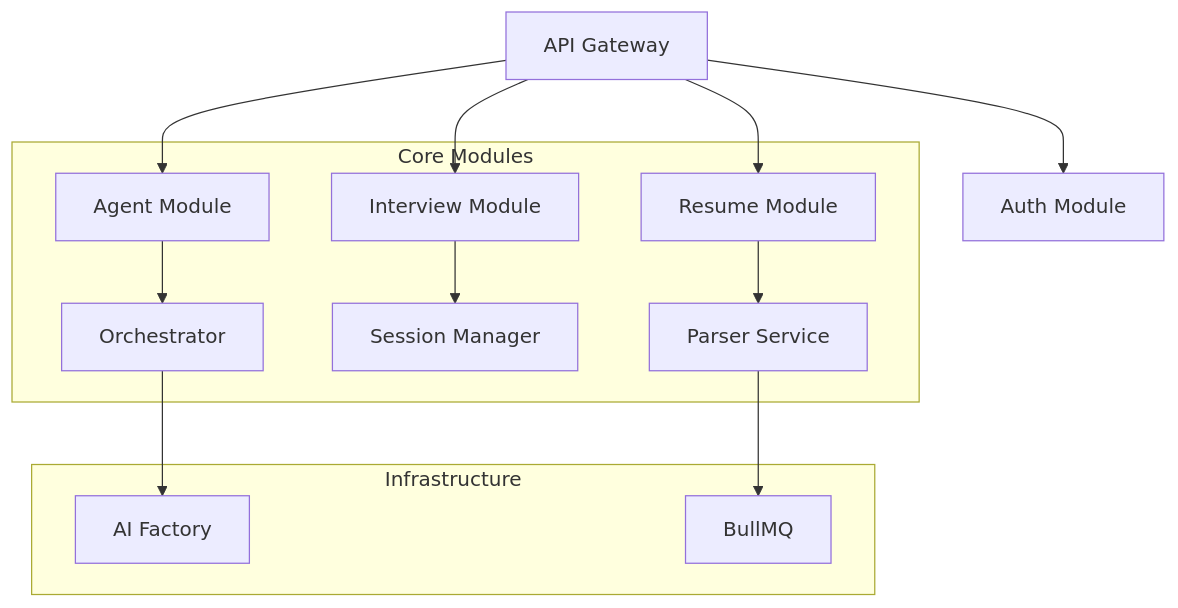
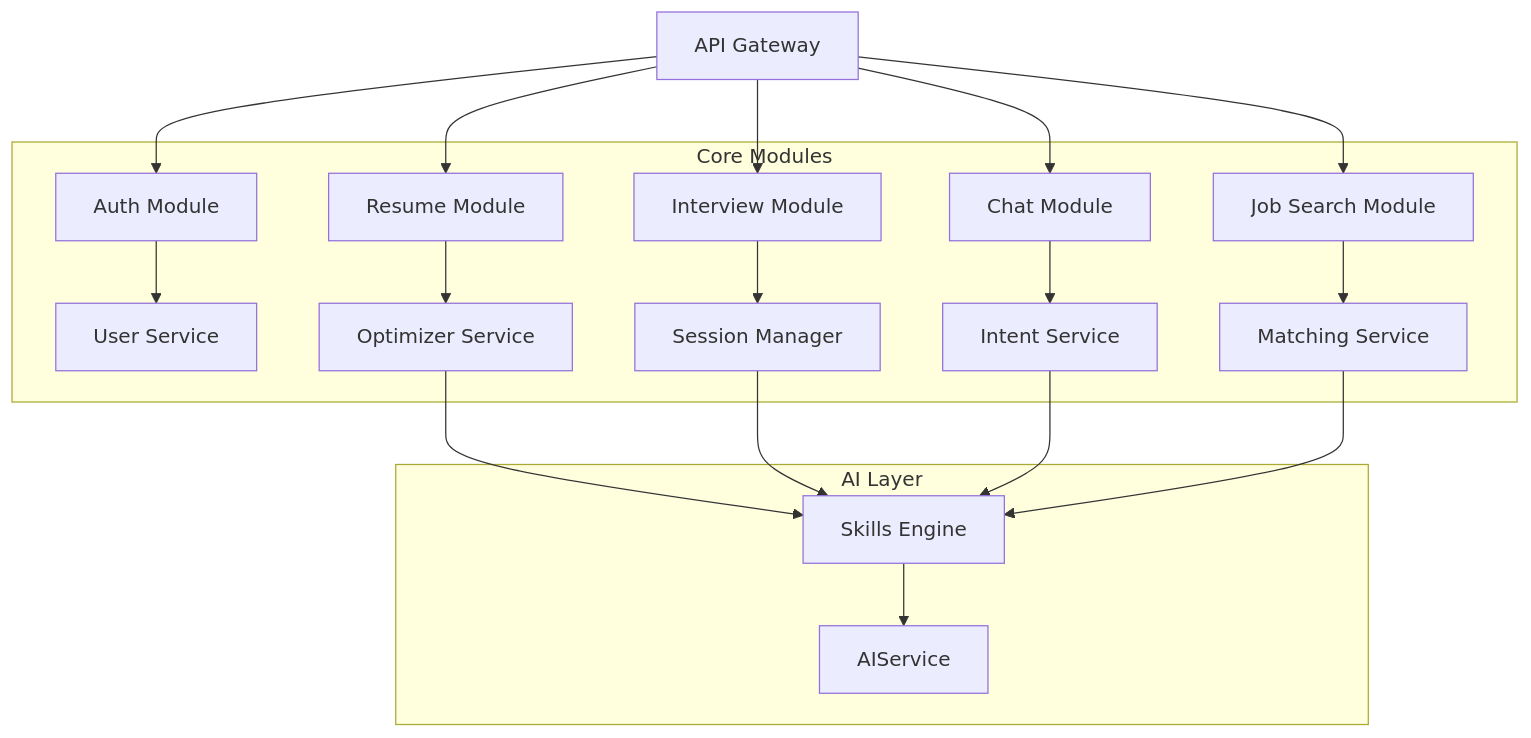
One commit to xuanyiying/IntervAI changed the third of 9 diagrams in docs/architecture/system-architecture.md. Above: the diagram before and after it, drawn with Mermaid. The commit also changed other lines of this file and 284 other files, not shown here.

````diff
--- a/docs/architecture/system-architecture.md
+++ b/docs/architecture/system-architecture.md
@@ -64,18 +67,24 @@
 ```mermaid
 graph TB
     Gateway[API Gateway] --> AuthMod[Auth Module]
     Gateway --> ResumeMod[Resume Module]
     Gateway --> InterviewMod[Interview Module]
-    Gateway --> AgentMod[Agent Module]
+    Gateway --> ChatMod[Chat Module]
+    Gateway --> JobSearchMod[Job Search Module]
 
     subgraph "Core Modules"
-        ResumeMod --> Parser[Parser Service]
+        AuthMod --> User[User Service]
+        ResumeMod --> Optimizer[Optimizer Service]
         InterviewMod --> Session[Session Manager]
-        AgentMod --> Orchestrator[Orchestrator]
+        ChatMod --> Intent[Intent Service]
+        JobSearchMod --> Matching[Matching Service]
     end
 
-    subgraph "Infrastructure"
-        Orchestrator --> AI[AI Factory]
-        Parser --> Queue[BullMQ]
+    subgraph "AI Layer"
+        Optimizer --> Skills[Skills Engine]
+        Session --> Skills
+        Intent --> Skills
+        Matching --> Skills
+        Skills --> AI[AIService]
     end
 ```
````
